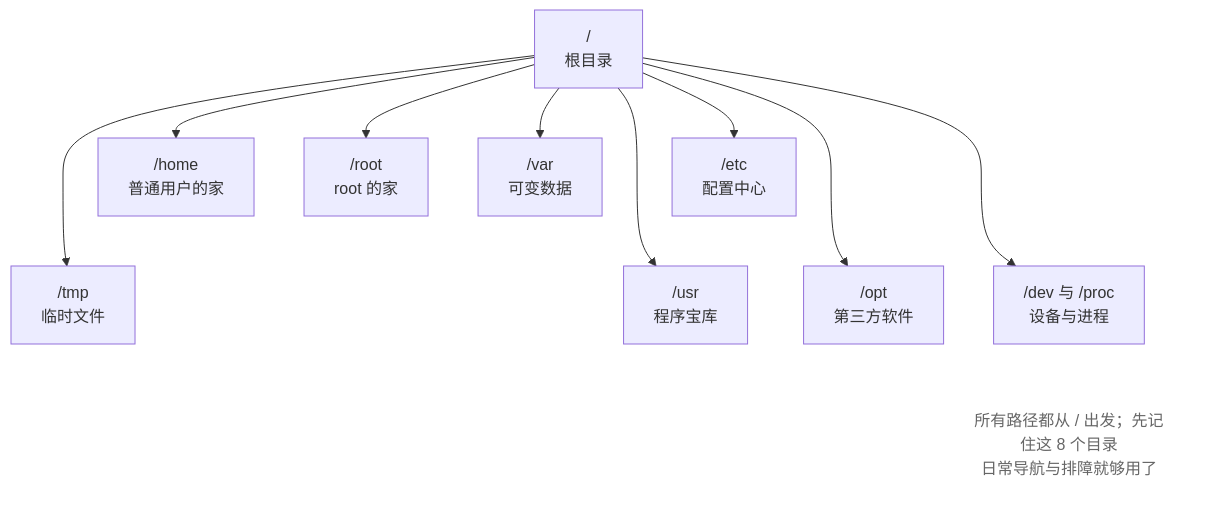
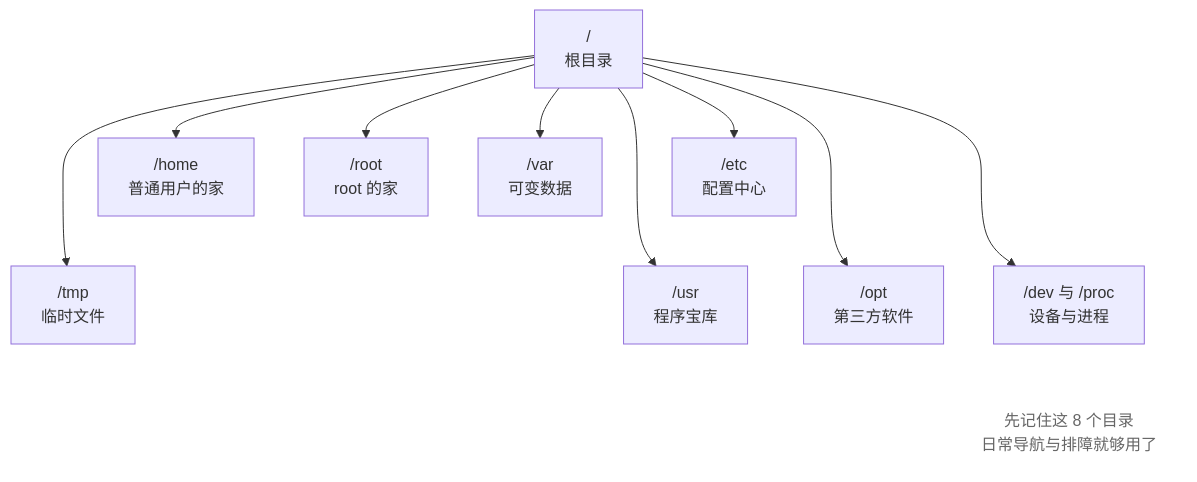
One commit to wangxiangnan/wangxiangnan.github.io changed the second of 2 diagrams in src/linux-command/ch02.md. Above: the diagram before and after it, drawn with Mermaid. The commit also changed other lines of this file and 25 other files, not shown here.

````diff
--- a/src/linux-command/ch02.md
+++ b/src/linux-command/ch02.md
@@ -170,20 +170,20 @@
 ```mermaid
 flowchart TB
     R["/<br>根目录"]
     E["/etc<br>配置中心"]
     H["/home<br>普通用户的家"]
     RO["/root<br>root 的家"]
     V["/var<br>可变数据"]
     T["/tmp<br>临时文件"]
     U["/usr<br>程序宝库"]
     O["/opt<br>第三方软件"]
     D["/dev 与 /proc<br>设备与进程"]
-    N["所有路径都从 / 出发；先记住这 8 个目录<br>日常导航与排障就够用了"]
+    N["先记住这 8 个目录<br>日常导航与排障就够用了"]
 
     R --> E & H & RO & V & T & U & O & D
     E ~~~ T & U & O & D
     D ~~~ N
 
     classDef note fill:none,stroke:none,color:#666
     class N note
 ```
````
